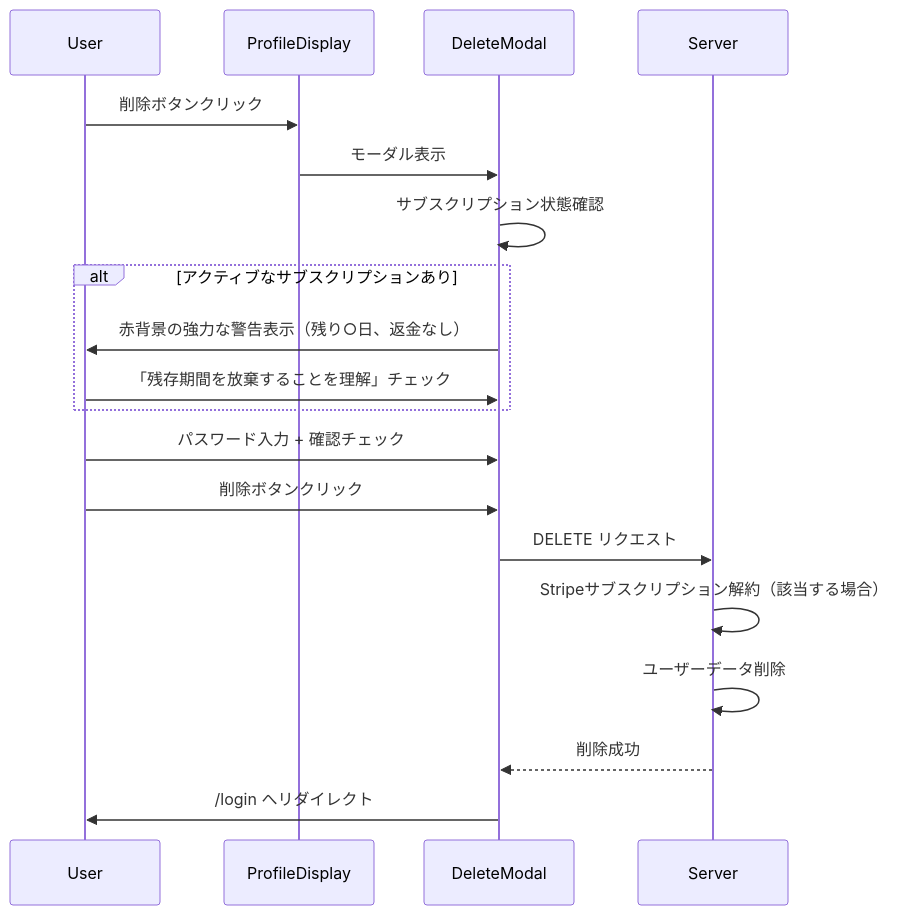
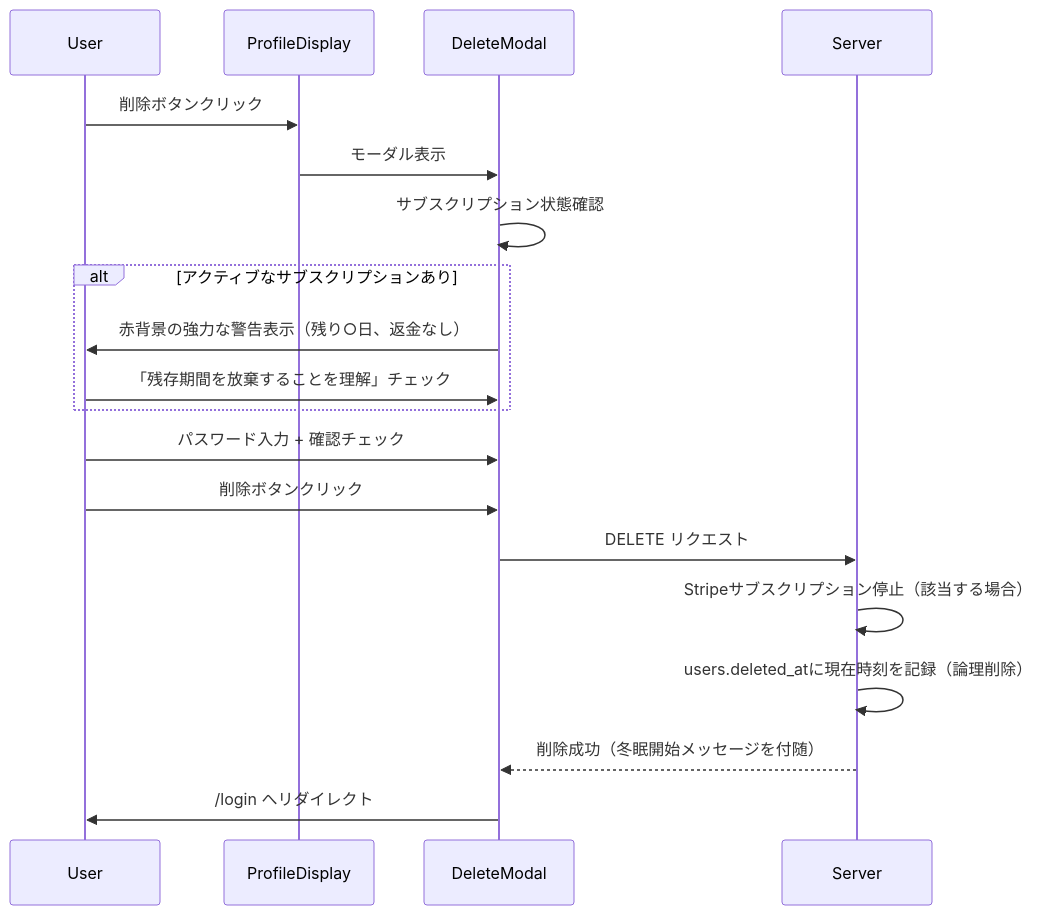
One commit to tezuka-Akihiro/ClaudeMix changed the seventh of 7 diagrams in develop/account/profile/uiux-spec.md. Above: the diagram before and after it, drawn with Mermaid. The commit also changed other lines of this file and 5 other files, not shown here.

````diff
--- a/develop/account/profile/uiux-spec.md
+++ b/develop/account/profile/uiux-spec.md
@@ -462,22 +462,22 @@
 ```mermaid
 sequenceDiagram
     participant User
     participant ProfileDisplay
     participant DeleteModal
     participant Server
 
     User->>ProfileDisplay: 削除ボタンクリック
     ProfileDisplay->>DeleteModal: モーダル表示
     DeleteModal->>DeleteModal: サブスクリプション状態確認
     alt アクティブなサブスクリプションあり
         DeleteModal->>User: 赤背景の強力な警告表示（残り○日、返金なし）
         User->>DeleteModal: 「残存期間を放棄することを理解」チェック
     end
     User->>DeleteModal: パスワード入力 + 確認チェック
     User->>DeleteModal: 削除ボタンクリック
     DeleteModal->>Server: DELETE リクエスト
-    Server->>Server: Stripeサブスクリプション解約（該当する場合）
-    Server->>Server: ユーザーデータ削除
-    Server-->>DeleteModal: 削除成功
+    Server->>Server: Stripeサブスクリプション停止（該当する場合）
+    Server->>Server: users.deleted_atに現在時刻を記録（論理削除）
+    Server-->>DeleteModal: 削除成功（冬眠開始メッセージを付随）
     DeleteModal->>User: /login へリダイレクト
 ```
````
